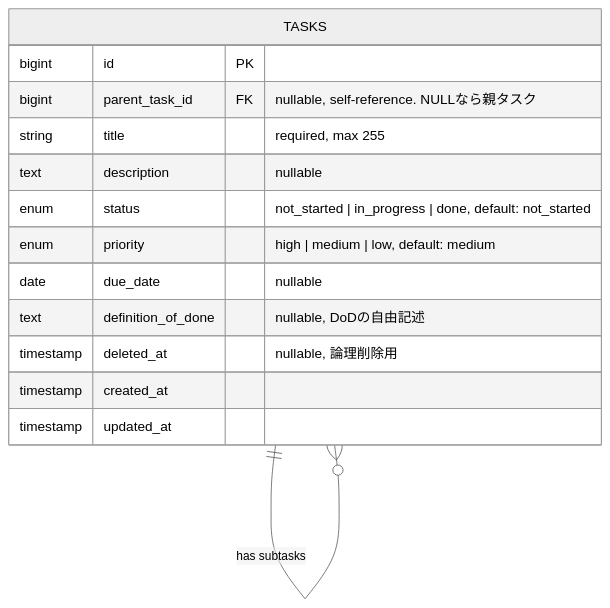
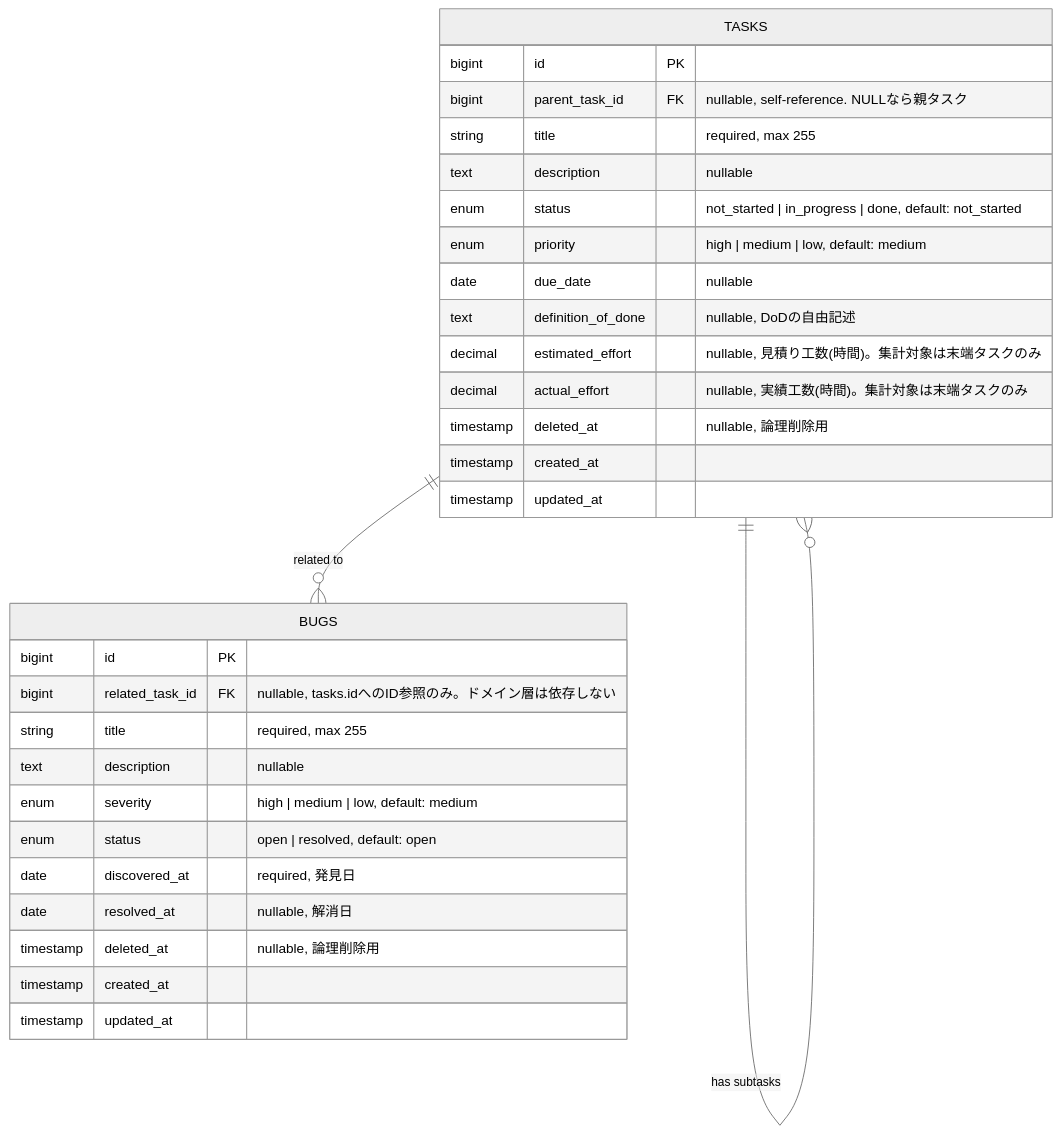
One commit to YoshinoriSawaya/task-pm-app changed the diagram in docs/architecture/er-diagram.md. Above: the diagram before and after it, drawn with Mermaid (neutral theme). The commit also changed other lines of this file and 6 other files, not shown here.

Commit message:
docs: ADR-0002で進捗指標(EVM)・バグ管理をスコープ追加し、ER図/API設計/レイヤー構成図/要件/変更ログ/リスク登録簿に反映

````diff
--- a/docs/architecture/er-diagram.md
+++ b/docs/architecture/er-diagram.md
@@ -24,18 +26,35 @@
 ```mermaid
 erDiagram
     TASKS ||--o{ TASKS : "has subtasks"
+    TASKS ||--o{ BUGS : "related to"
 
     TASKS {
         bigint id PK
         bigint parent_task_id FK "nullable, self-reference. NULLなら親タスク"
         string title "required, max 255"
         text description "nullable"
         enum status "not_started | in_progress | done, default: not_started"
         enum priority "high | medium | low, default: medium"
         date due_date "nullable"
         text definition_of_done "nullable, DoDの自由記述"
+        decimal estimated_effort "nullable, 見積り工数(時間)。集計対象は末端タスクのみ"
+        decimal actual_effort "nullable, 実績工数(時間)。集計対象は末端タスクのみ"
+        timestamp deleted_at "nullable, 論理削除用"
+        timestamp created_at
+        timestamp updated_at
+    }
+
+    BUGS {
+        bigint id PK
+        bigint related_task_id FK "nullable, tasks.idへのID参照のみ。ドメイン層は依存しない"
+        string title "required, max 255"
+        text description "nullable"
+        enum severity "high | medium | low, default: medium"
+        enum status "open | resolved, default: open"
+        date discovered_at "required, 発見日"
+        date resolved_at "nullable, 解消日"
         timestamp deleted_at "nullable, 論理削除用"
         timestamp created_at
         timestamp updated_at
     }
 ```
````
